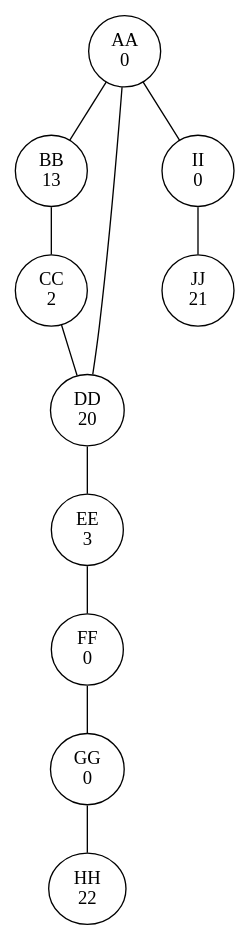
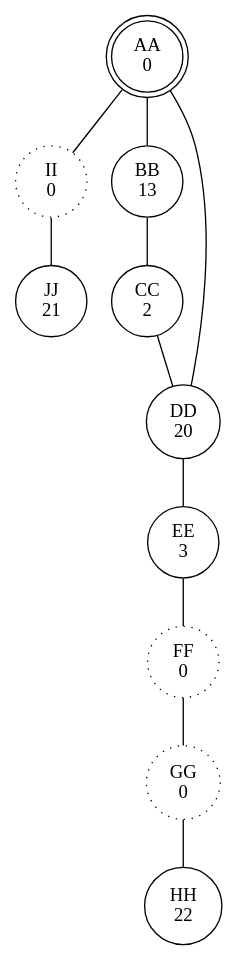
One commit to CueXXIII/adventofcode2022 changed the diagram in 16 - Proboscidea Volcanium/example.dot. Above: the diagram before and after it, drawn with Graphviz. The commit also changed 4 other files, not shown here.

```diff
--- a/16 - Proboscidea Volcanium/example.dot
+++ b/16 - Proboscidea Volcanium/example.dot
@@ -1,24 +1,24 @@
-graph example {
-	"AA" [label="AA\n0"];
-	"BB" [label="BB\n13"];
-	"CC" [label="CC\n2"];
-	"DD" [label="DD\n20"];
-	"EE" [label="EE\n3"];
-	"FF" [label="FF\n0"];
-	"GG" [label="GG\n0"];
-	"HH" [label="HH\n22"];
-	"II" [label="II\n0"];
-	"JJ" [label="JJ\n21"];
-
-	AA -- DD;
-	AA -- II;
-	AA -- BB;
-	BB -- CC;
-	CC -- DD;
-	DD -- EE;
-	EE -- FF;
-	FF -- GG;
-	GG -- HH;
-	II -- JJ;
-
+graph cave {
+ overlap=false;
+ splines=true;
+ "II" [shape=circle,style=dotted label="II\n0"];
+ "GG" [shape=circle,style=dotted label="GG\n0"];
+ "FF" [shape=circle,style=dotted label="FF\n0"];
+ "HH" [shape=circle label="HH\n22"];
+ "EE" [shape=circle label="EE\n3"];
+ "CC" [shape=circle label="CC\n2"];
+ "JJ" [shape=circle label="JJ\n21"];
+ "BB" [shape=circle label="BB\n13"];
+ "DD" [shape=circle label="DD\n20"];
+ "AA" [shape=circle,peripheries=2 label="AA\n0"];
+ II -- JJ;
+ GG -- HH;
+ FF -- GG;
+ EE -- FF;
+ CC -- DD;
+ BB -- CC;
+ DD -- EE;
+ AA -- DD;
+ AA -- II;
+ AA -- BB;
 }
```
